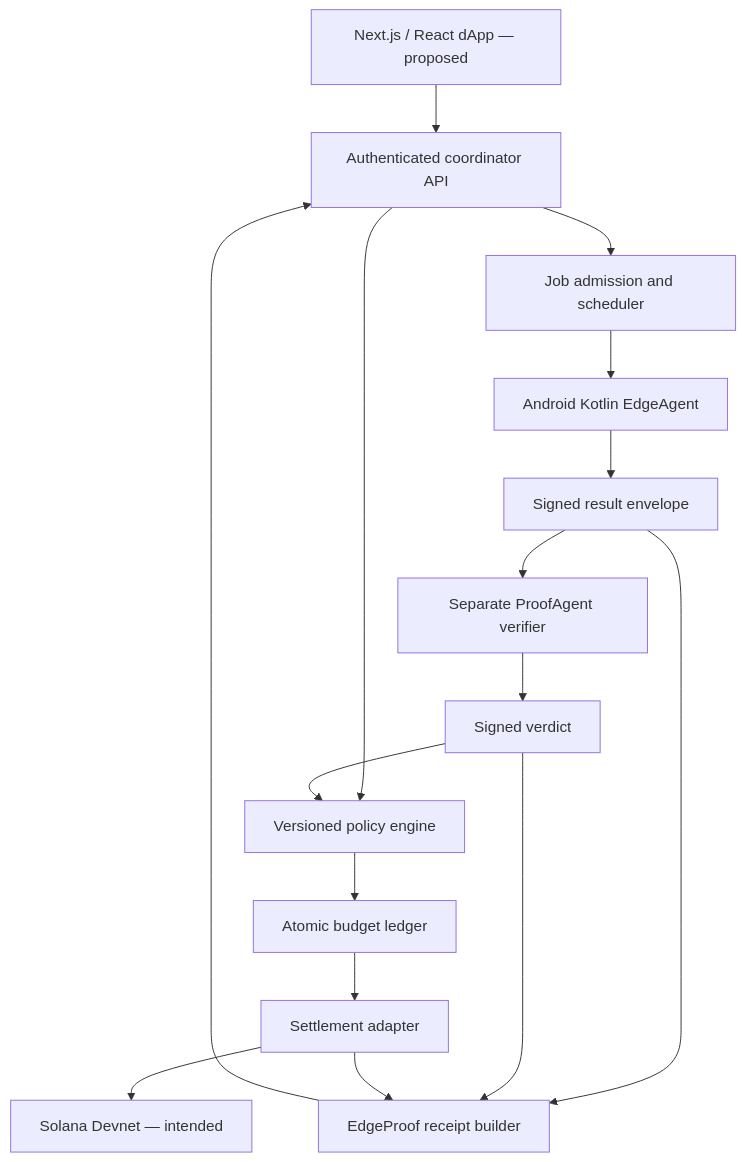
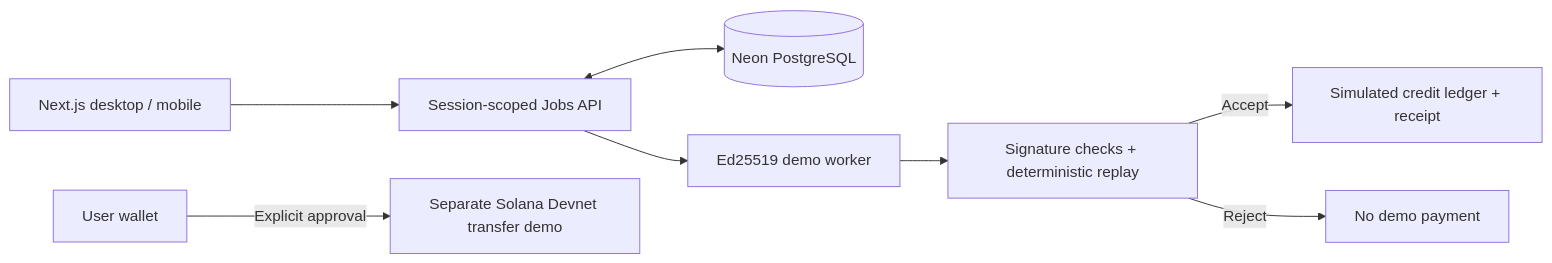
The diagram in README.md (CodesbyFebin/EdgeSwarm), drawn with Mermaid before and after one commit. The commit also changed other lines of this file and 2 other files, not shown here.

Commit message:
docs: lead with live demo, verified evidence and clear project scope

````diff
--- a/README.md
+++ b/README.md
@@ -364,18 +51,10 @@
 ```mermaid
-flowchart TB
-    UI[Next.js / React dApp — proposed] --> API[Authenticated coordinator API]
-    API --> JOBS[Job admission and scheduler]
-    API --> POLICY[Versioned policy engine]
-    JOBS --> WORKER[Android Kotlin EdgeAgent]
-    WORKER --> RESULT[Signed result envelope]
-    RESULT --> VERIFY[Separate ProofAgent verifier]
-    VERIFY --> VERDICT[Signed verdict]
-    VERDICT --> POLICY
-    POLICY --> BUDGET[Atomic budget ledger]
-    BUDGET --> ADAPTER[Settlement adapter]
-    ADAPTER --> SOLANA[Solana Devnet — intended]
-    RESULT --> PROOF[EdgeProof receipt builder]
-    VERDICT --> PROOF
-    ADAPTER --> PROOF
-    PROOF --> API
+flowchart LR
+  UI[Next.js desktop / mobile] --> API[Session-scoped Jobs API]
+  API <--> DB[(Neon PostgreSQL)]
+  API --> Worker[Ed25519 demo worker]
+  Worker --> Verify[Signature checks + deterministic replay]
+  Verify -->|Accept| Credits[Simulated credit ledger + receipt]
+  Verify -->|Reject| Block[No demo payment]
+  Wallet[User wallet] -->|Explicit approval| Devnet[Separate Solana Devnet transfer demo]
 ```
````
